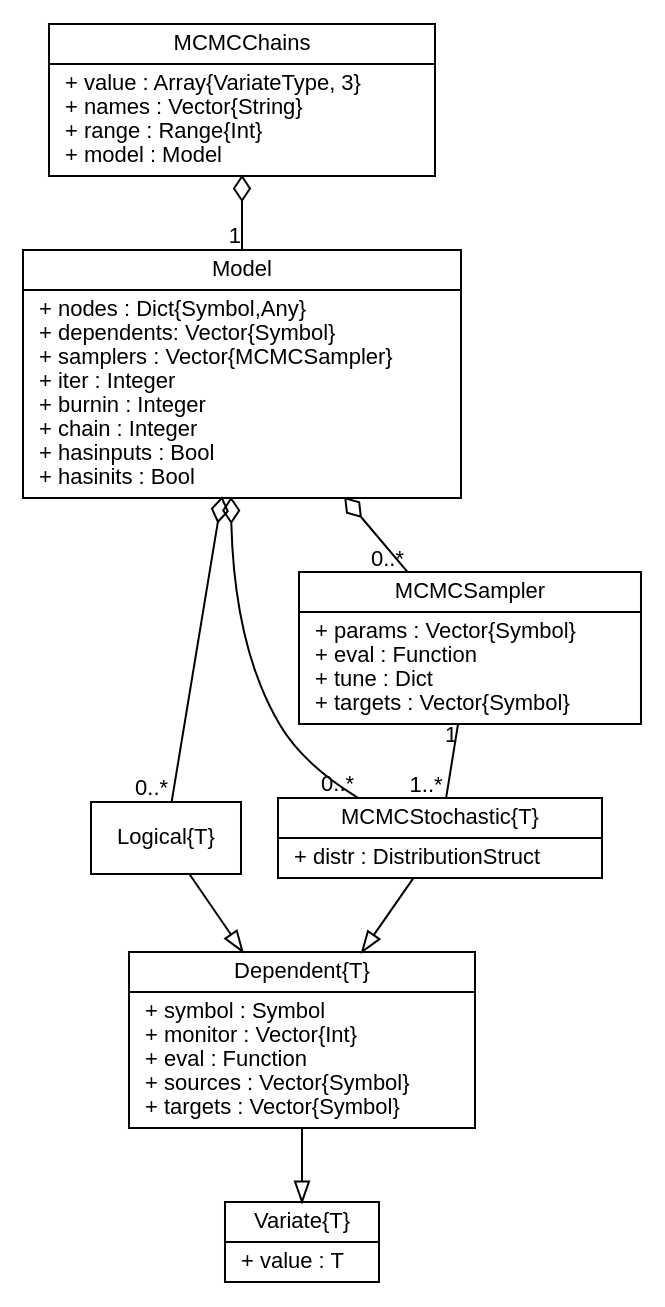
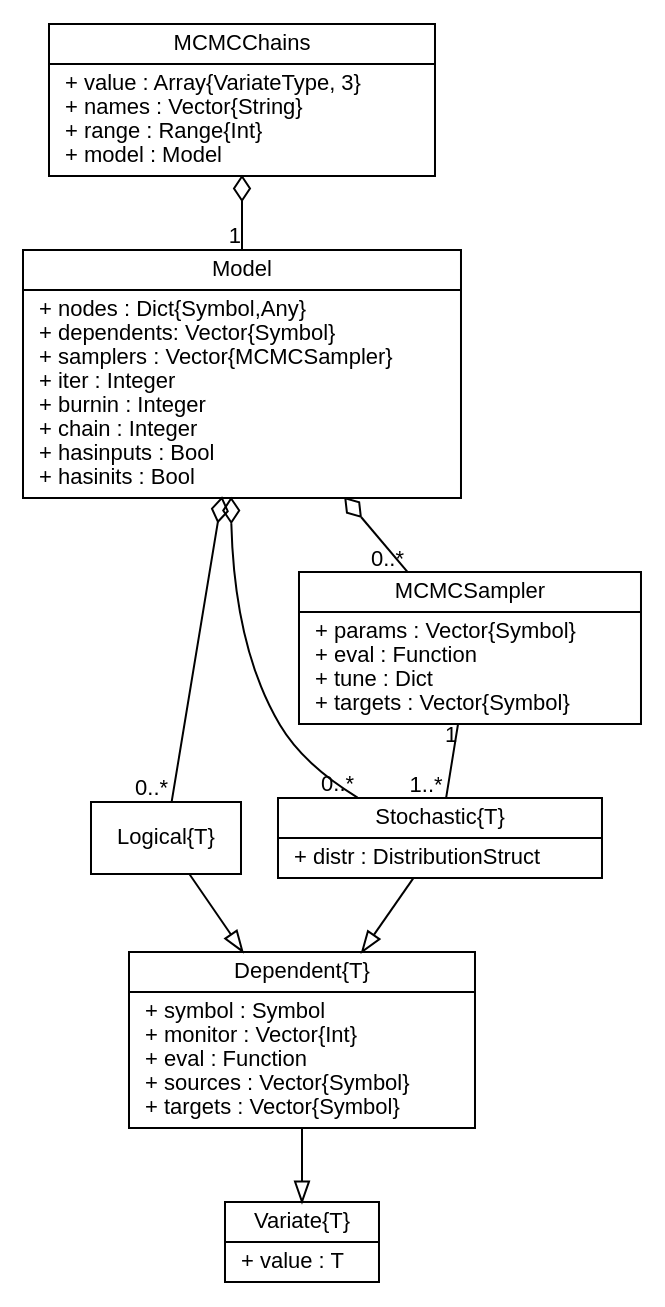
Before and after one commit to brian-j-smith/Mamba.jl: the diagram in doc/images/mcmcUML.dot, drawn with Graphviz. The commit also changed 39 other files, not shown here.

```diff
--- a/doc/images/mcmcUML.dot
+++ b/doc/images/mcmcUML.dot
@@ -1,34 +1,34 @@
 graph MCMC {
 	fontname = "Helvetica"
 	fontsize = 11
 	overlap = scalexy
 	sep = "+0,26"
 
 	node [fontname = "Helvetica", fontsize = 11, shape = record]
 
 	edge [fontname = "Helvetica", fontsize = 11, dir = both, arrowtail = none, arrowhead = none]
 
 	Variate [label = "{Variate\{T\}|+ value : T\l}"]
 
 	Dependent [label = "{Dependent\{T\}|+ symbol : Symbol\l+ monitor : Vector\{Int\}\l+ eval : Function\l+ sources : Vector\{Symbol\}\l+ targets : Vector\{Symbol\}\l}"]
 	
 	Logical [label = "{Logical\{T\}}"]
 	
-	MCMCStochastic [label = "{MCMCStochastic\{T\}|+ distr : DistributionStruct\l}"]
+	Stochastic [label = "{Stochastic\{T\}|+ distr : DistributionStruct\l}"]
 
 	MCMCSampler [label = "{MCMCSampler|+ params : Vector\{Symbol\}\l+ eval : Function\l+ tune : Dict\l+ targets : Vector\{Symbol\}\l}"]
 	
 	Model [label = "{Model|+ nodes : Dict\{Symbol,Any\}\l+ dependents: Vector\{Symbol\}\l+ samplers : Vector\{MCMCSampler\}\l+ iter : Integer\l+ burnin : Integer\l+ chain : Integer\l+ hasinputs : Bool\l+ hasinits : Bool\l}"]
 	
 	MCMCChains [label = "{MCMCChains|+ value : Array\{VariateType, 3\}\l+ names : Vector\{String\}\l+ range : Range\{Int\}\l+ model : Model\l}"]
 
 	Dependent -- Variate[len = 0.9, arrowhead = empty]
 	Logical -- Dependent[arrowhead = empty]
-	MCMCStochastic -- Dependent[arrowhead = empty]
-	MCMCSampler -- MCMCStochastic[len = 1.2, taillabel = "1", headlabel = "1..*"]
+	Stochastic -- Dependent[arrowhead = empty]
+	MCMCSampler -- Stochastic[len = 1.2, taillabel = "1", headlabel = "1..*"]
 	Model -- MCMCSampler[arrowtail = odiamond, headlabel = "0..*"]
 	Model -- Logical[arrowtail = odiamond, headlabel = "0..*"]
-	Model -- MCMCStochastic[arrowtail = odiamond, headlabel = "0..*"]
+	Model -- Stochastic[arrowtail = odiamond, headlabel = "0..*"]
 	MCMCChains -- Model[len = 1.2, arrowtail = odiamond, headlabel = "1"]
 
 }
```
